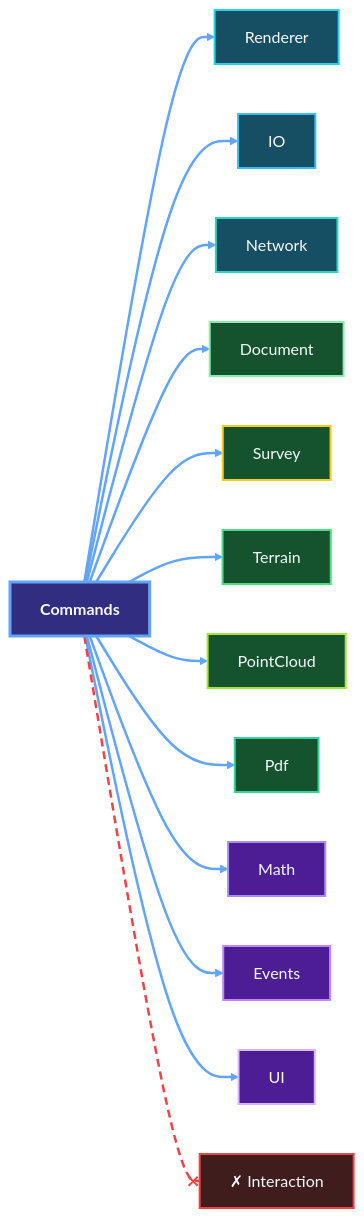
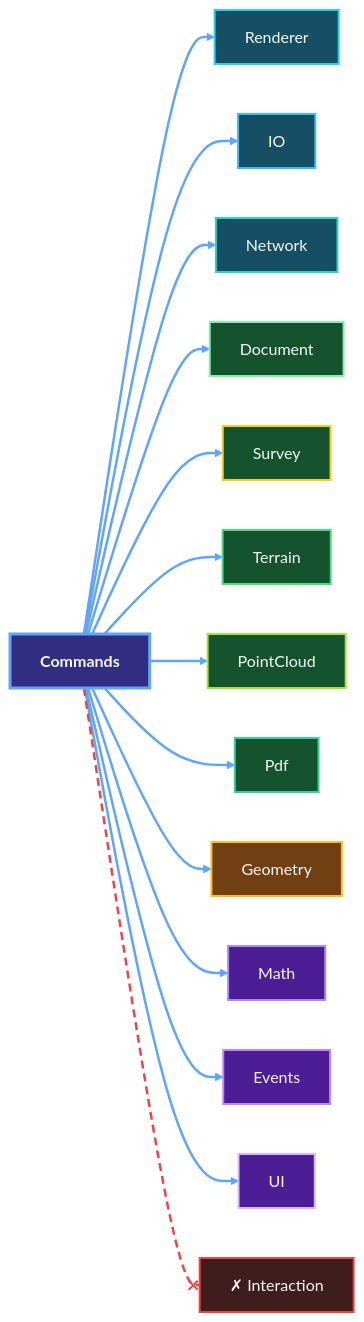
Before and after one commit to chetjones003/GoSurvey: the third of 42 diagrams in docs/architecture/system-dependencies.md, drawn with Mermaid. The commit also changed other lines of this file and 105 other files, not shown here.

````diff
--- a/docs/architecture/system-dependencies.md
+++ b/docs/architecture/system-dependencies.md
@@ -128,53 +136,57 @@
 ```mermaid
 flowchart LR
   commands__src["<b>Commands</b>"]
   commands__renderer["Renderer"]
   commands__io["IO"]
   commands__network["Network"]
   commands__document["Document"]
   commands__survey["Survey"]
   commands__terrain["Terrain"]
   commands__pointcloud["PointCloud"]
   commands__pdf["Pdf"]
+  commands__geometry["Geometry"]
   commands__math["Math"]
   commands__events["Events"]
   commands__ui["UI"]
   commands__x_interaction["✗ Interaction"]
   commands__src --> commands__renderer
   commands__src --> commands__io
   commands__src --> commands__network
   commands__src --> commands__document
   commands__src --> commands__survey
   commands__src --> commands__terrain
   commands__src --> commands__pointcloud
   commands__src --> commands__pdf
+  commands__src --> commands__geometry
   commands__src --> commands__math
   commands__src --> commands__events
   commands__src --> commands__ui
   commands__src -.-x commands__x_interaction
   style commands__src fill:#312e81,stroke:#60a5fa,stroke-width:3px,color:#f8fafc
   style commands__renderer fill:#164e63,stroke:#22d3ee,stroke-width:2px,color:#f8fafc
   style commands__io fill:#164e63,stroke:#38bdf8,stroke-width:2px,color:#f8fafc
   style commands__network fill:#164e63,stroke:#2dd4bf,stroke-width:2px,color:#f8fafc
   style commands__document fill:#14532d,stroke:#86efac,stroke-width:2px,color:#f8fafc
   style commands__survey fill:#14532d,stroke:#facc15,stroke-width:2px,color:#f8fafc
   style commands__terrain fill:#14532d,stroke:#4ade80,stroke-width:2px,color:#f8fafc
   style commands__pointcloud fill:#14532d,stroke:#a3e635,stroke-width:2px,color:#f8fafc
   style commands__pdf fill:#14532d,stroke:#34d399,stroke-width:2px,color:#f8fafc
+  style commands__geometry fill:#713f12,stroke:#fbbf24,stroke-width:2px,color:#f8fafc
   style commands__math fill:#4c1d95,stroke:#a78bfa,stroke-width:2px,color:#f8fafc
   style commands__events fill:#4c1d95,stroke:#c084fc,stroke-width:2px,color:#f8fafc
   style commands__ui fill:#4c1d95,stroke:#d8b4fe,stroke-width:2px,color:#f8fafc
   style commands__x_interaction fill:#3f1d1d,stroke:#ef4444,stroke-width:2px,color:#f8fafc
   linkStyle 0 stroke:#60a5fa,stroke-width:2.5px
   linkStyle 1 stroke:#60a5fa,stroke-width:2.5px
   linkStyle 2 stroke:#60a5fa,stroke-width:2.5px
   linkStyle 3 stroke:#60a5fa,stroke-width:2.5px
   linkStyle 4 stroke:#60a5fa,stroke-width:2.5px
   linkStyle 5 stroke:#60a5fa,stroke-width:2.5px
   linkStyle 6 stroke:#60a5fa,stroke-width:2.5px
   linkStyle 7 stroke:#60a5fa,stroke-width:2.5px
   linkStyle 8 stroke:#60a5fa,stroke-width:2.5px
   linkStyle 9 stroke:#60a5fa,stroke-width:2.5px
   linkStyle 10 stroke:#60a5fa,stroke-width:2.5px
-  linkStyle 11 stroke:#ef4444,stroke-width:2.5px,stroke-dasharray:8 5
+  linkStyle 11 stroke:#60a5fa,stroke-width:2.5px
+  linkStyle 12 stroke:#ef4444,stroke-width:2.5px,stroke-dasharray:8 5
 ```
````
